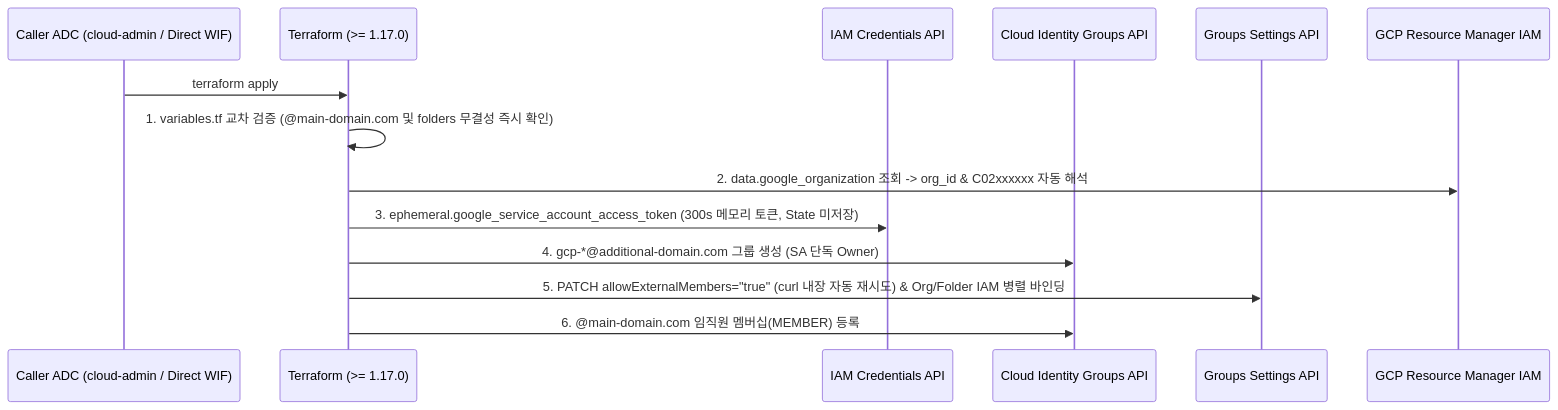
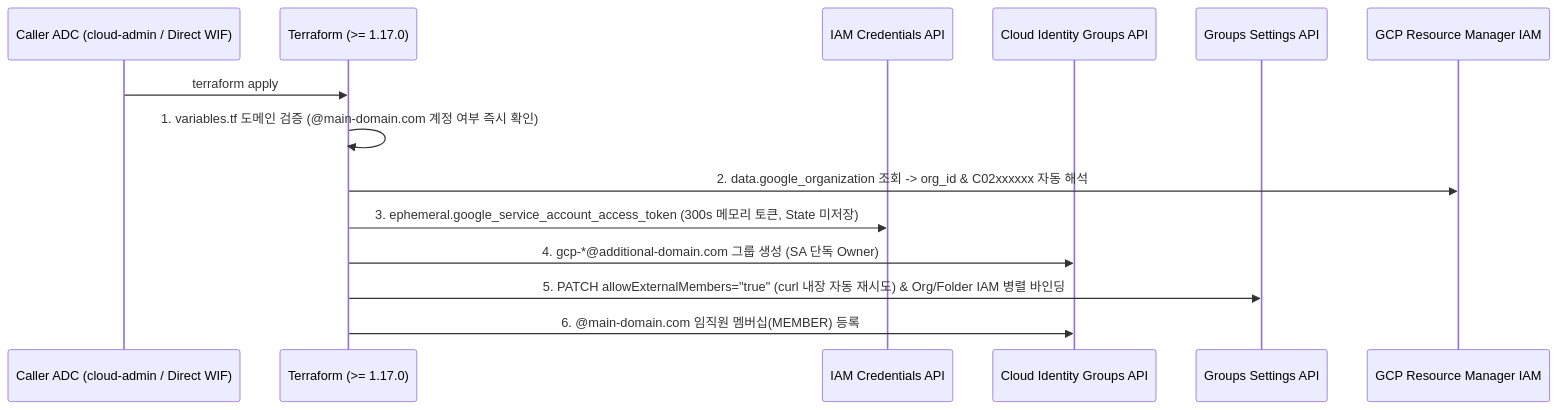
The second of 2 diagrams in iam/multi-org-group-iam/README.md (rom2019/gcp-sandbox), drawn with Mermaid before and after one commit. The commit also changed other lines of this file and 4 other files, not shown here.

````diff
--- a/iam/multi-org-group-iam/README.md
+++ b/iam/multi-org-group-iam/README.md
@@ -205,17 +205,17 @@
 ```mermaid
 sequenceDiagram
     participant Admin as Caller ADC (cloud-admin / Direct WIF)
     participant TF as Terraform (>= 1.17.0)
     participant IAMC as IAM Credentials API
     participant CI as Cloud Identity Groups API
     participant GS as Groups Settings API
     participant RM as GCP Resource Manager IAM
 
     Admin->>TF: terraform apply
-    TF->>TF: 1. variables.tf 교차 검증 (@main-domain.com 및 folders 무결성 즉시 확인)
+    TF->>TF: 1. variables.tf 도메인 검증 (@main-domain.com 계정 여부 즉시 확인)
     TF->>RM: 2. data.google_organization 조회 -> org_id & C02xxxxxx 자동 해석
     TF->>IAMC: 3. ephemeral.google_service_account_access_token (300s 메모리 토큰, State 미저장)
     TF->>CI: 4. gcp-*@additional-domain.com 그룹 생성 (SA 단독 Owner)
     TF->>GS: 5. PATCH allowExternalMembers="true" (curl 내장 자동 재시도) & Org/Folder IAM 병렬 바인딩
     TF->>CI: 6. @main-domain.com 임직원 멤버십(MEMBER) 등록
 ```
````
